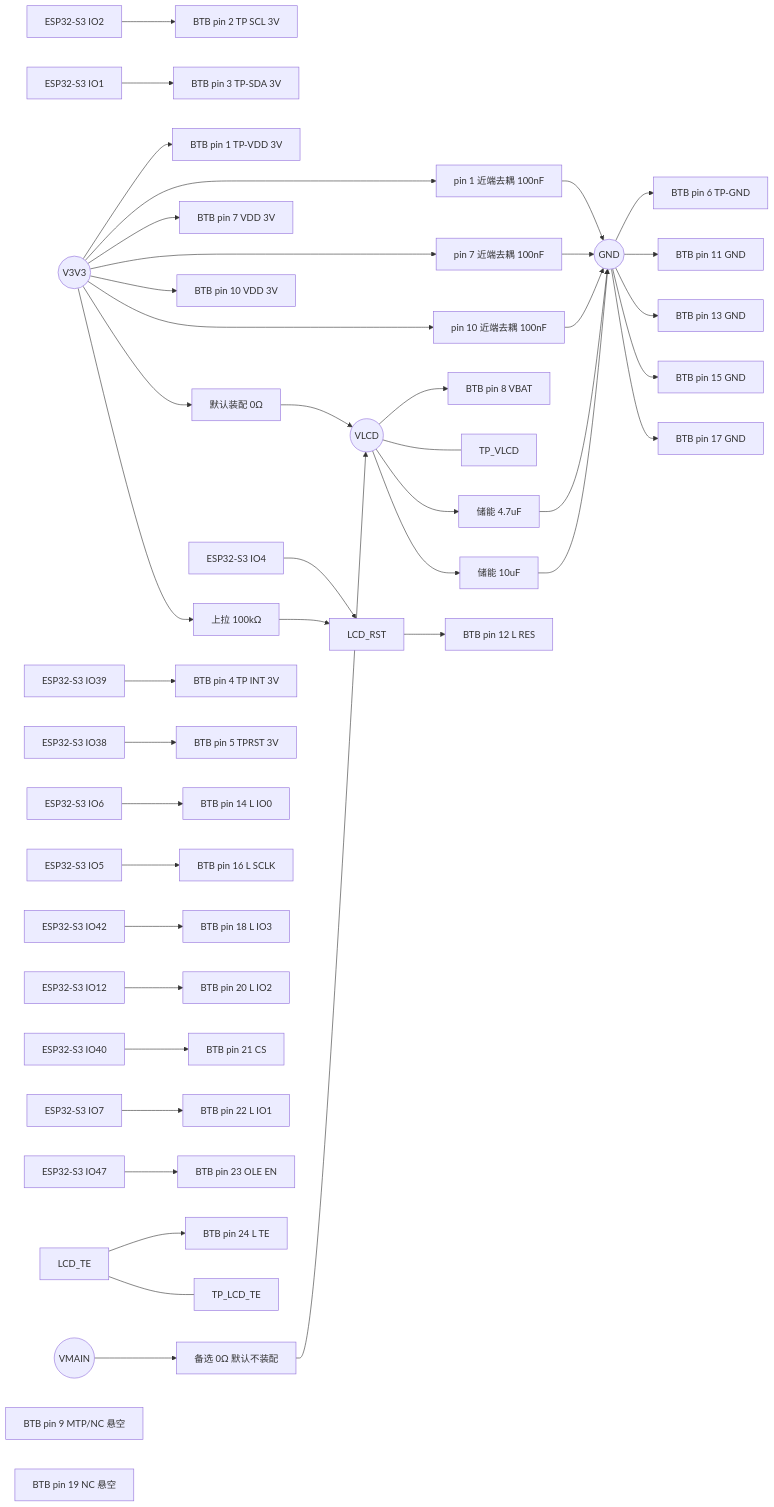
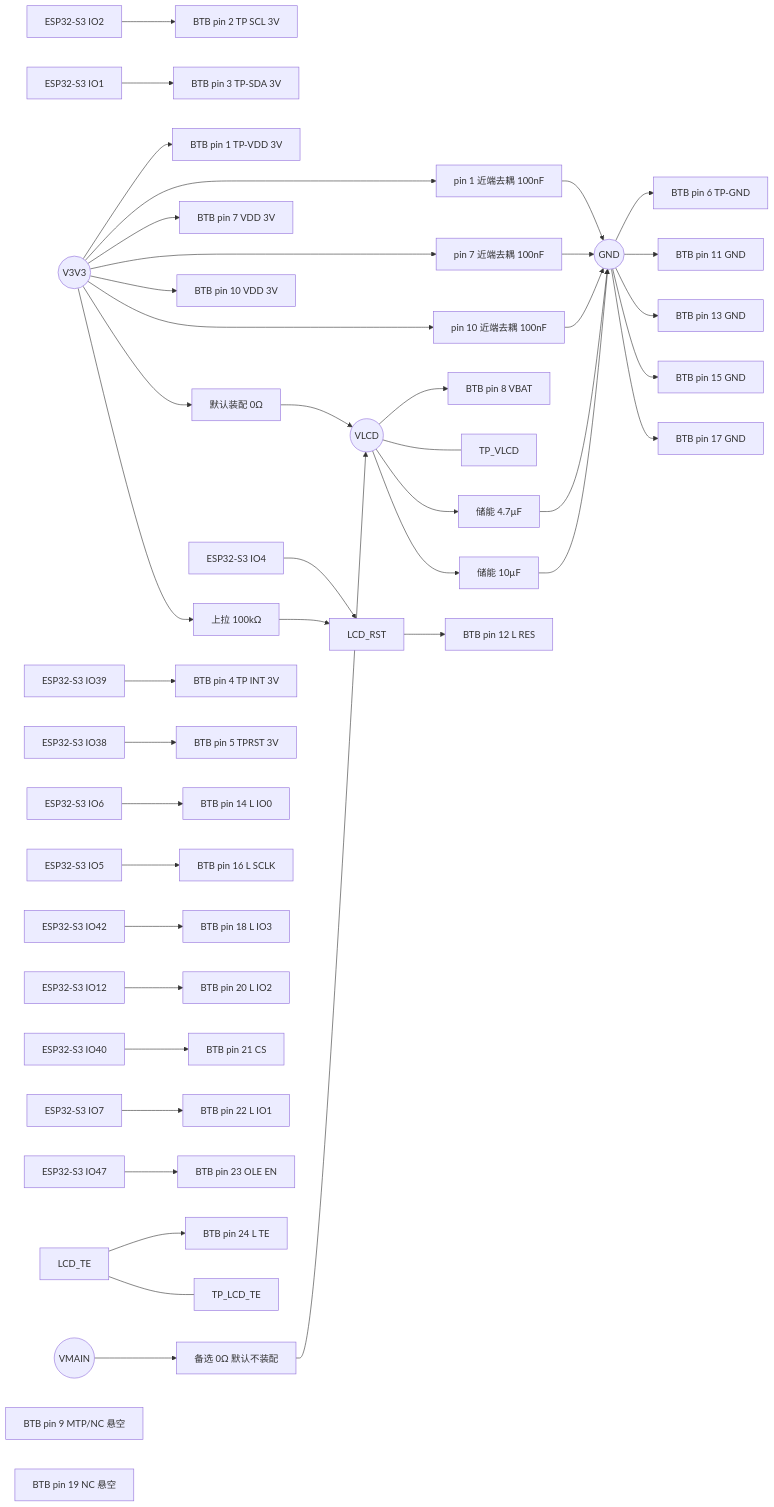
The diagram in docs/hardware/外围电路设计/PY206-W38-V2外围电路设计与接线.md (zhanghongchen1213/Electronic_Wooden_Fish), drawn with Mermaid before and after one commit. The commit also changed other lines of this file and 9 other files, not shown here.

````diff
--- a/docs/hardware/外围电路设计/PY206-W38-V2外围电路设计与接线.md
+++ b/docs/hardware/外围电路设计/PY206-W38-V2外围电路设计与接线.md
@@ -114,46 +125,46 @@
 ```mermaid
 flowchart LR
   V3V3((V3V3))
   GND((GND))
   VLCD((VLCD))
   VMAIN((VMAIN))
 
   V3V3 --> P1[BTB pin 1 TP-VDD 3V]
   V3V3 --> DECP1[pin 1 近端去耦 100nF] --> GND
   V3V3 --> P7[BTB pin 7 VDD 3V]
   V3V3 --> DECP7[pin 7 近端去耦 100nF] --> GND
   V3V3 --> P10[BTB pin 10 VDD 3V]
   V3V3 --> DECP10[pin 10 近端去耦 100nF] --> GND
 
   V3V3 --> RSEL[默认装配 0Ω] --> VLCD
   VMAIN --> RSEL2[备选 0Ω 默认不装配] --> VLCD
   VLCD --> P8[BTB pin 8 VBAT]
   VLCD --- TPV[TP_VLCD]
-  VLCD --> CAPV1[储能 4.7uF] --> GND
-  VLCD --> CAPV2[储能 10uF] --> GND
+  VLCD --> CAPV1[储能 4.7µF] --> GND
+  VLCD --> CAPV2[储能 10µF] --> GND
 
   GND --> P6[BTB pin 6 TP-GND]
   GND --> P11[BTB pin 11 GND]
   GND --> P13[BTB pin 13 GND]
   GND --> P15[BTB pin 15 GND]
   GND --> P17[BTB pin 17 GND]
 
   IO2[ESP32-S3 IO2] --> P2[BTB pin 2 TP SCL 3V]
   IO1[ESP32-S3 IO1] --> P3[BTB pin 3 TP-SDA 3V]
   IO39[ESP32-S3 IO39] --> P4[BTB pin 4 TP INT 3V]
   IO38[ESP32-S3 IO38] --> P5[BTB pin 5 TPRST 3V]
   IO4[ESP32-S3 IO4] --> RSTNET[LCD_RST] --> P12[BTB pin 12 L RES]
   V3V3 --> RPU[上拉 100kΩ] --> RSTNET
   IO6[ESP32-S3 IO6] --> P14[BTB pin 14 L IO0]
   IO5[ESP32-S3 IO5] --> P16[BTB pin 16 L SCLK]
   IO42[ESP32-S3 IO42] --> P18[BTB pin 18 L IO3]
   IO12[ESP32-S3 IO12] --> P20[BTB pin 20 L IO2]
   IO40[ESP32-S3 IO40] --> P21[BTB pin 21 CS]
   IO7[ESP32-S3 IO7] --> P22[BTB pin 22 L IO1]
   IO47[ESP32-S3 IO47] --> P23[BTB pin 23 OLE EN]
   LCDTEN[LCD_TE] --> P24[BTB pin 24 L TE]
   LCDTEN --- TPTE[TP_LCD_TE]
 
   P9[BTB pin 9 MTP/NC 悬空]
   P19[BTB pin 19 NC 悬空]
 ```
````
